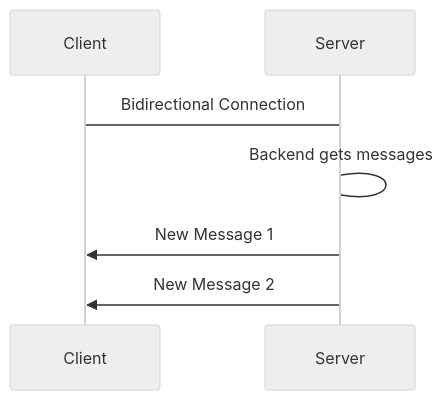
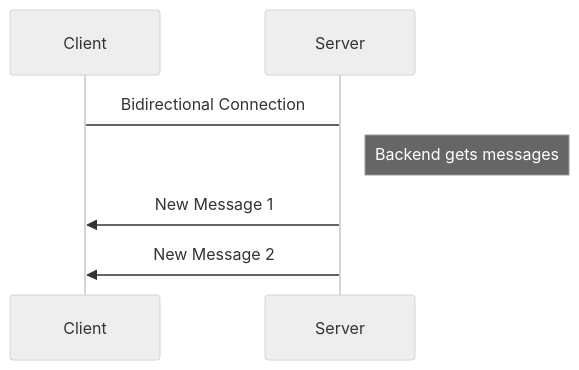
Before and after one commit to yhames/backend-study: the diagram in Section02_03_Push.md, drawn with Mermaid (neutral theme). The commit also changed 9 other files, not shown here.

````diff
--- a/Section02_03_Push.md
+++ b/Section02_03_Push.md
@@ -22,9 +22,9 @@
 ```mermaid
 sequenceDiagram
     participant Client
     participant Server
     Client->Server: Bidirectional Connection
-    Server->Server: Backend gets messages
+    Note right of Server: Backend gets messages
     Server->>Client: New Message 1
     Server->>Client: New Message 2
 ```
````
